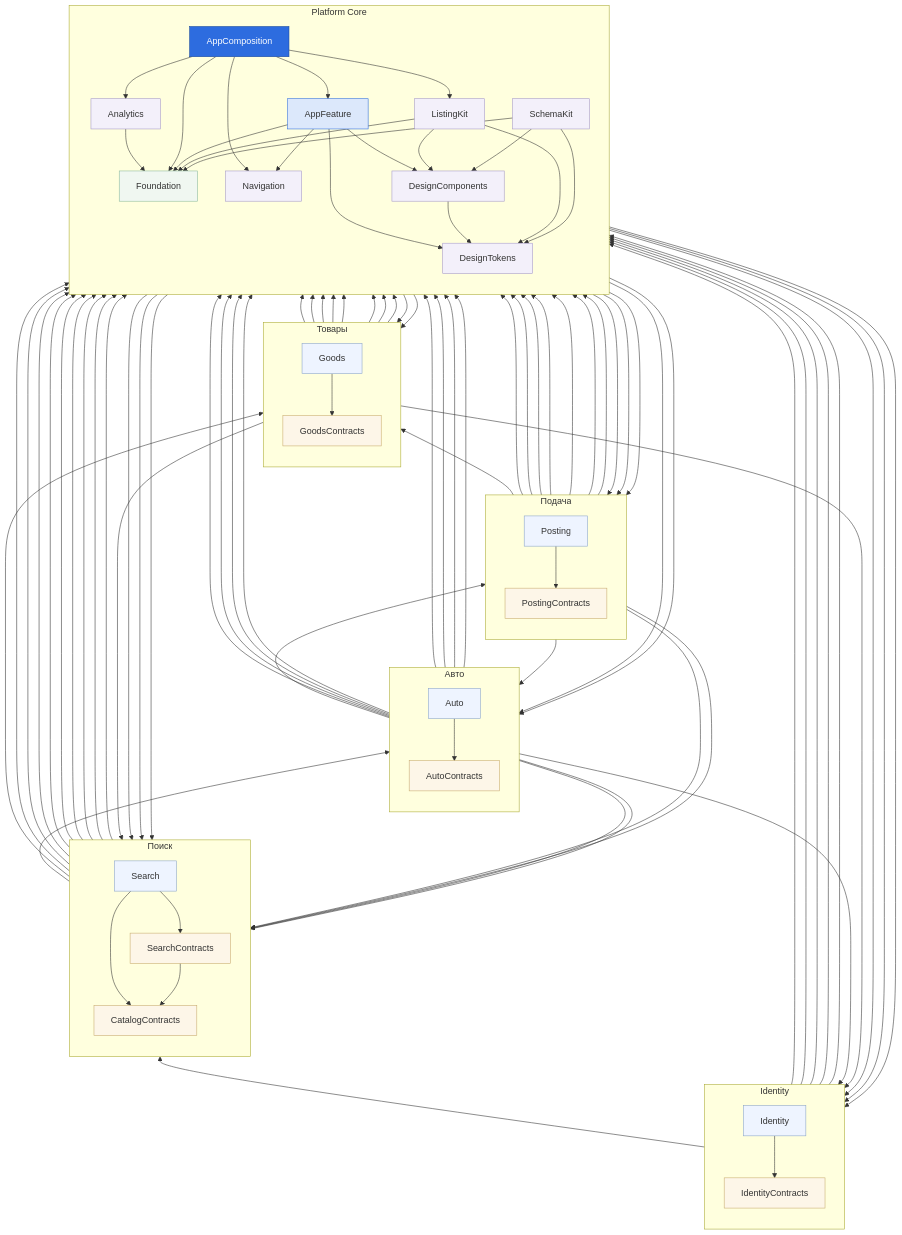
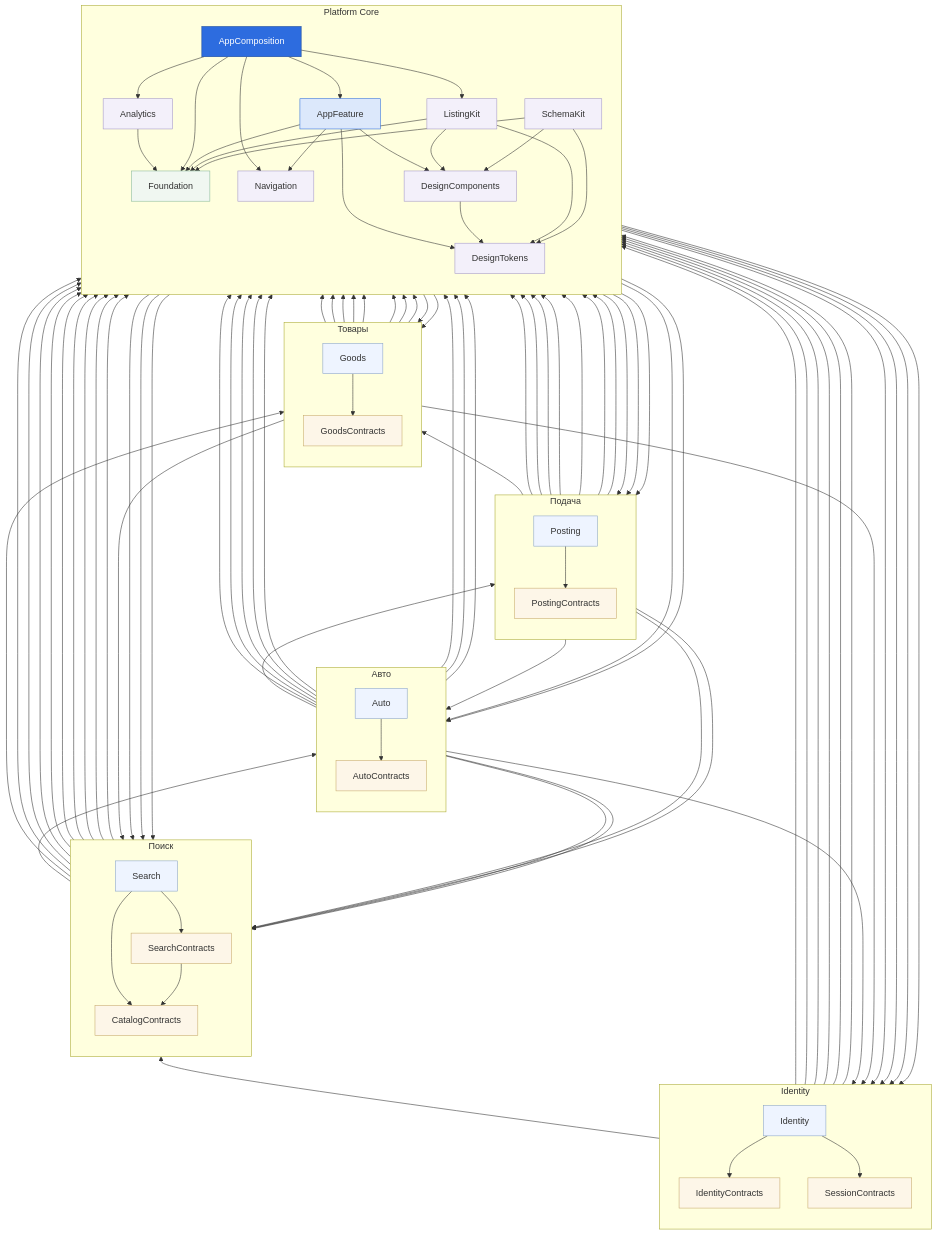
The third of 6 diagrams in architecture-overall.md (yklishevich/kufar-ios-demo), drawn with Mermaid before and after one commit. The commit also changed other lines of this file and 7 other files, not shown here.

````diff
--- a/architecture-overall.md
+++ b/architecture-overall.md
@@ -201,6 +201,7 @@
     subgraph identity_team["Identity"]
         direction TB
         kufar_IdentityContracts["IdentityContracts"]
+        kufar_SessionContracts["SessionContracts"]
         kufar_Identity["Identity"]
     end
 
@@ -212,12 +213,12 @@
     kufar_AppComposition --> kufar_Foundation
     kufar_AppComposition --> kufar_Goods
     kufar_AppComposition --> kufar_Identity
-    kufar_AppComposition --> kufar_IdentityContracts
     kufar_AppComposition --> kufar_ListingKit
     kufar_AppComposition --> kufar_Navigation
     kufar_AppComposition --> kufar_Posting
     kufar_AppComposition --> kufar_PostingContracts
     kufar_AppComposition --> kufar_Search
+    kufar_AppComposition --> kufar_SessionContracts
     kufar_AppFeature --> kufar_AutoContracts
     kufar_AppFeature --> kufar_DesignComponents
     kufar_AppFeature --> kufar_DesignTokens
@@ -227,6 +228,7 @@
     kufar_AppFeature --> kufar_Navigation
     kufar_AppFeature --> kufar_PostingContracts
     kufar_AppFeature --> kufar_SearchContracts
+    kufar_AppFeature --> kufar_SessionContracts
     kufar_Auto --> kufar_Analytics
     kufar_Auto --> kufar_AutoContracts
     kufar_Auto --> kufar_CatalogContracts
@@ -259,6 +261,7 @@
     kufar_Identity --> kufar_IdentityContracts
     kufar_Identity --> kufar_Navigation
     kufar_Identity --> kufar_SearchContracts
+    kufar_Identity --> kufar_SessionContracts
     kufar_IdentityContracts --> kufar_Foundation
     kufar_ListingKit --> kufar_DesignComponents
     kufar_ListingKit --> kufar_DesignTokens
@@ -291,6 +294,7 @@
     kufar_Search --> kufar_SearchContracts
     kufar_SearchContracts --> kufar_CatalogContracts
     kufar_SearchContracts --> kufar_Foundation
+    kufar_SessionContracts --> kufar_Foundation
 
     style kufar_Analytics fill:#f3f0fa,stroke:#a598c8
     style kufar_AppComposition fill:#2d6cdf,stroke:#1b4a9c,color:#fff
@@ -312,4 +316,5 @@
     style kufar_SchemaKit fill:#f3f0fa,stroke:#a598c8
     style kufar_Search fill:#eef4ff,stroke:#8aa4c8
     style kufar_SearchContracts fill:#fdf6e8,stroke:#c8ab6e
+    style kufar_SessionContracts fill:#fdf6e8,stroke:#c8ab6e
 ```
````
